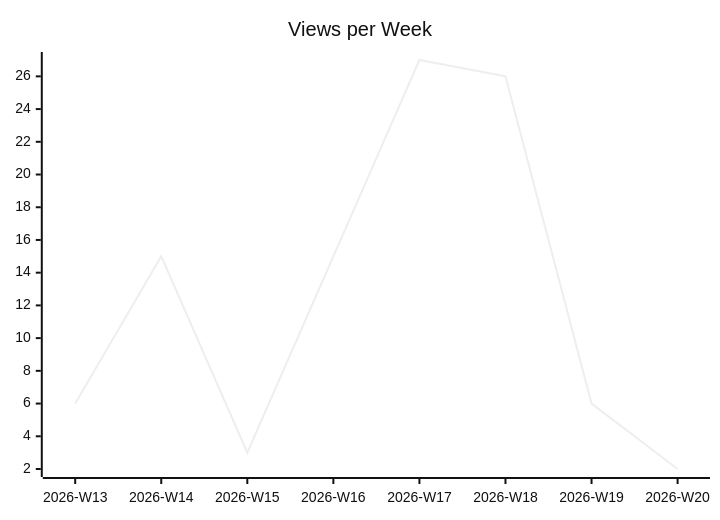
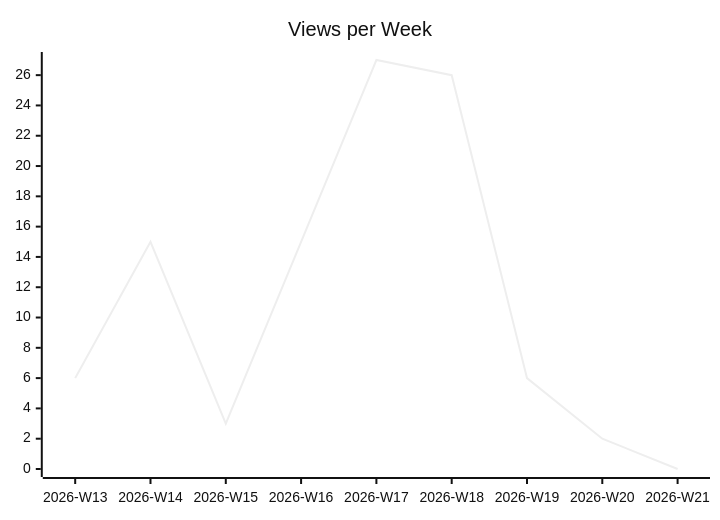
Before and after one commit to justdavis-family/github-analytics-data: the second of 3 diagrams in karlmdavis/ksoap2-android/README.md, drawn with Mermaid (neutral theme). The commit also changed other lines of this file and 189 other files, not shown here.

````diff
--- a/karlmdavis/ksoap2-android/README.md
+++ b/karlmdavis/ksoap2-android/README.md
@@ -12,6 +12,6 @@
 ```mermaid
 xychart-beta
   title "Views per Week"
-  x-axis ["2026-W13", "2026-W14", "2026-W15", "2026-W16", "2026-W17", "2026-W18", "2026-W19", "2026-W20"]
-  line [6, 15, 3, 15, 27, 26, 6, 2]
+  x-axis ["2026-W13", "2026-W14", "2026-W15", "2026-W16", "2026-W17", "2026-W18", "2026-W19", "2026-W20", "2026-W21"]
+  line [6, 15, 3, 15, 27, 26, 6, 2, 0]
 ```
````
